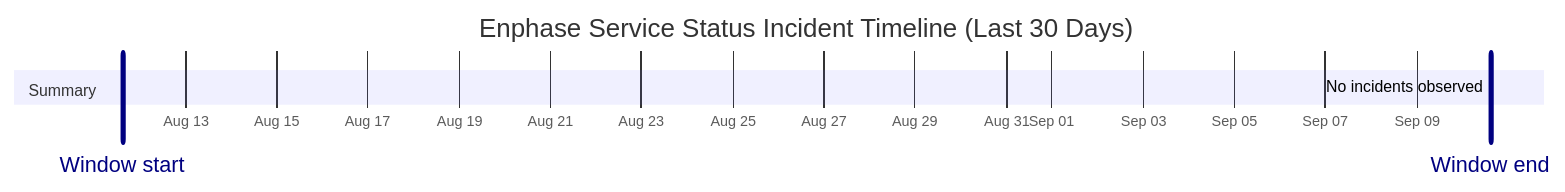
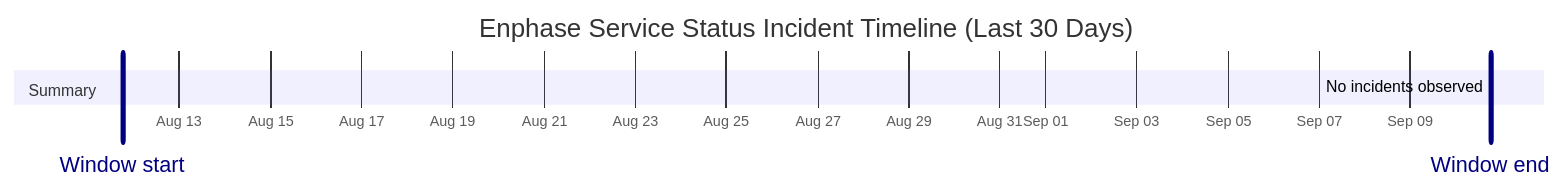
The diagram in wiki/Service-Status-History.md (barneyonline/ha-enphase-energy), drawn with Mermaid before and after one commit. The commit also changed other lines of this file and 3 other files, not shown here.

````diff
--- a/wiki/Service-Status-History.md
+++ b/wiki/Service-Status-History.md
@@ -14,10 +14,10 @@
 ```mermaid
 gantt
     title Enphase Service Status Incident Timeline (Last 30 Days)
     dateFormat  YYYY-MM-DDTHH:mm:ss
     axisFormat  %b %d
-    Window start :vert, window-start, 2026-08-11T14:50:01, 0ms
-    Window end :vert, window-end, 2026-09-10T14:50:01, 0ms
+    Window start :vert, window-start, 2026-08-11T18:05:55, 0ms
+    Window end :vert, window-end, 2026-09-10T18:05:55, 0ms
     section Summary
-    No incidents observed :done, 2026-09-10T14:50:01, 1m
+    No incidents observed :done, 2026-09-10T18:05:55, 1m
 ```
````
